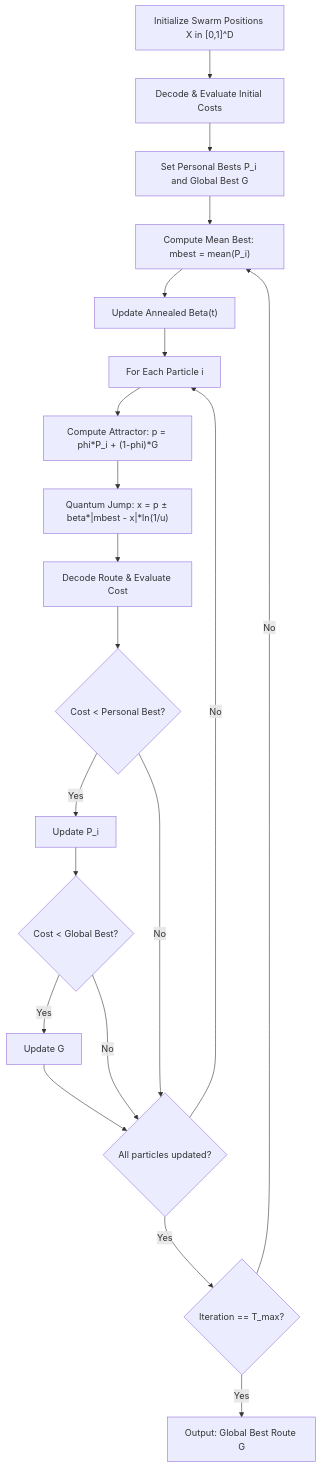
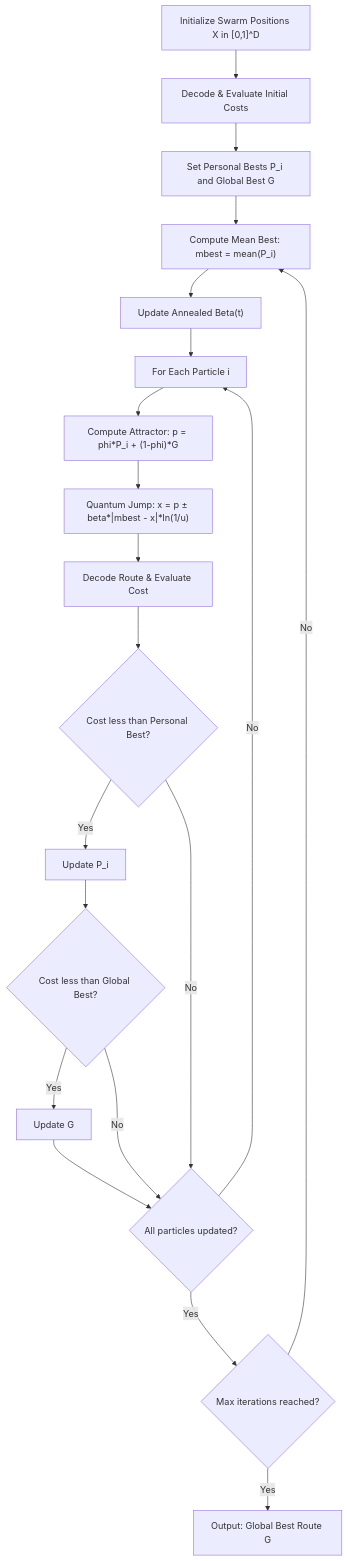
The diagram in docs/algorithms/05_qpso.md (Santhosh-p653/egreen-quanta), drawn with Mermaid before and after one commit. The commit also changed 48 other files, not shown here.

````diff
--- a/docs/algorithms/05_qpso.md
+++ b/docs/algorithms/05_qpso.md
@@ -71,22 +71,22 @@
 ```mermaid
 flowchart TD
     A["Initialize Swarm Positions X in [0,1]^D"] --> B["Decode & Evaluate Initial Costs"]
     B --> C["Set Personal Bests P_i and Global Best G"]
     C --> D["Compute Mean Best: mbest = mean(P_i)"]
     D --> E["Update Annealed Beta(t)"]
     E --> F["For Each Particle i"]
     F --> G["Compute Attractor: p = phi*P_i + (1-phi)*G"]
     G --> H["Quantum Jump: x = p ± beta*|mbest - x|*ln(1/u)"]
     H --> I["Decode Route & Evaluate Cost"]
-    I --> J{"Cost < Personal Best?"}
+    I --> J{"Cost less than Personal Best?"}
     J -- Yes --> K["Update P_i"]
-    K --> L{"Cost < Global Best?"}
+    K --> L{"Cost less than Global Best?"}
     L -- Yes --> M["Update G"]
     L -- No --> N{"All particles updated?"}
     J -- No --> N
     M --> N
     N -- No --> F
-    N -- Yes --> O{"Iteration == T_max?"}
+    N -- Yes --> O{"Max iterations reached?"}
     O -- No --> D
     O -- Yes --> P["Output: Global Best Route G"]
 ```
````
